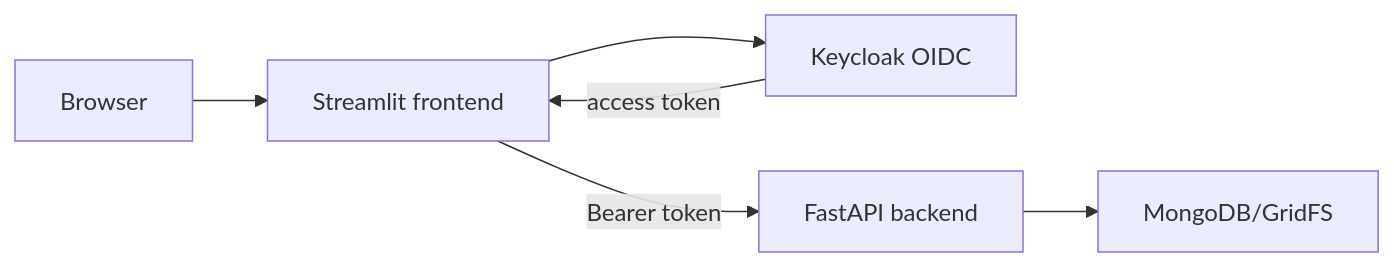
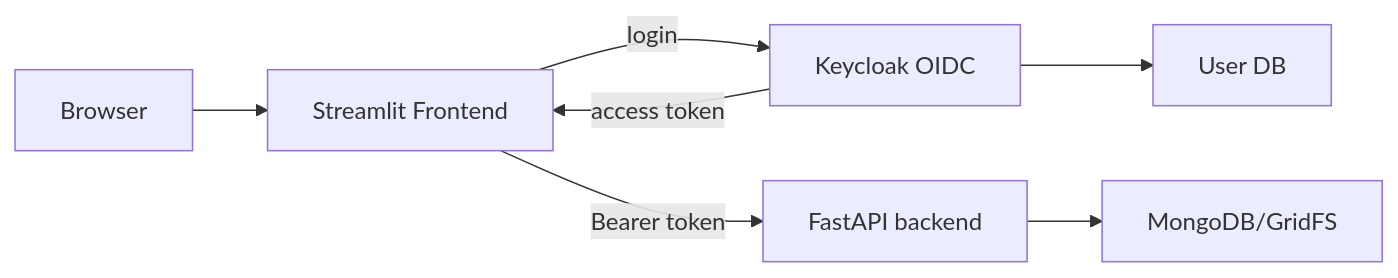
The diagram in docs/chapter-04/section-01.md (ValentinTwin1206/modern-python-devops-egineering), drawn with Mermaid before and after one commit. The commit also changed other lines of this file and 9 other files, not shown here.

````diff
--- a/docs/chapter-04/section-01.md
+++ b/docs/chapter-04/section-01.md
@@ -12,8 +12,9 @@
 ```mermaid
 flowchart LR
-    B["Browser"] --> F["Streamlit frontend"]
-    F --> K["Keycloak OIDC"]
-    K -->|access token| F
-    F -->|Bearer token| A["FastAPI backend"]
+    B["Browser"] --> UI["Streamlit Frontend"]
+    UI -->|login| K["Keycloak OIDC"]
+    K -->|access token| UI
+    UI -->|Bearer token| A["FastAPI backend"]
     A --> D["MongoDB/GridFS"]
+    K --> P["User DB"]
 ```
````
